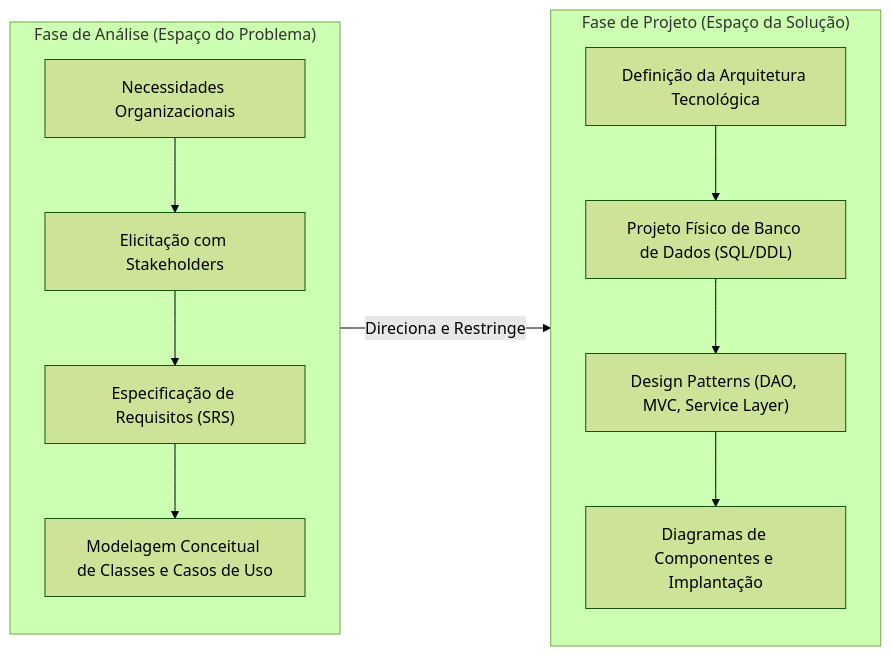
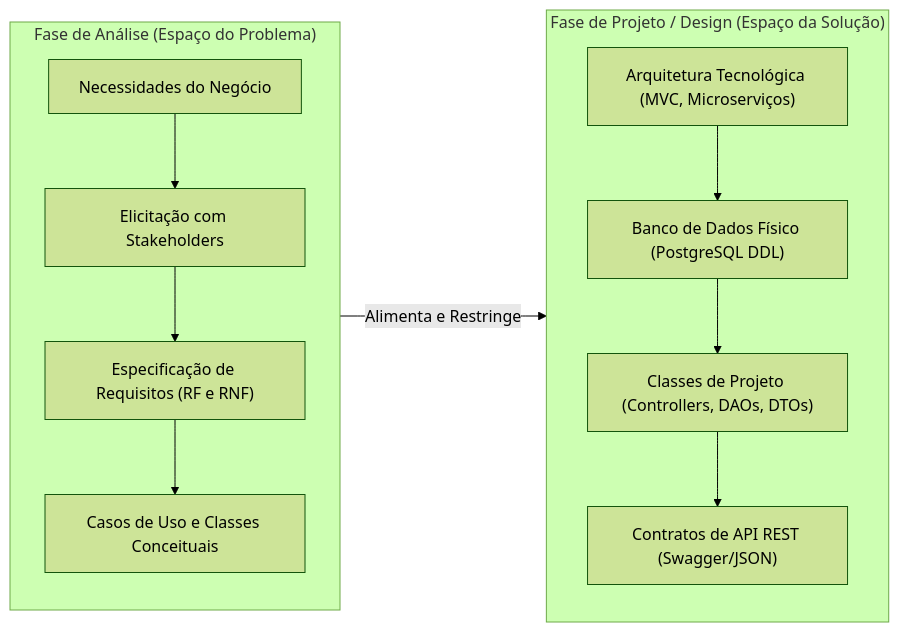
One commit to murilolol/unifef changed diagram 14 of 35 in 3º Semestre/[Prof. Marcelo Boer] Engenharia de Software I/Resumos-IA/Simulados-Comentados.md. Above: the diagram before and after it, drawn with Mermaid (forest theme). The commit also changed other lines of this file and 40 other files, not shown here.

````diff
--- a/3º Semestre/[Prof. Marcelo Boer] Engenharia de Software I/Resumos-IA/Simulados-Comentados.md
+++ b/3º Semestre/[Prof. Marcelo Boer] Engenharia de Software I/Resumos-IA/Simulados-Comentados.md
@@ -462,16 +490,16 @@
 ```mermaid
 flowchart LR
-    subgraph EspacoDoProblema["Fase de Análise (Espaço do Problema)"]
-        A1["Necessidades Organizacionais"] --> A2["Elicitação com Stakeholders"]
-        A2 --> A3["Especificação de Requisitos (SRS)"]
-        A3 --> A4["Modelagem Conceitual de Classes e Casos de Uso"]
+    subgraph EspacoProblema["Fase de Análise (Espaço do Problema)"]
+        AP1["Necessidades do Negócio"] --> AP2["Elicitação com Stakeholders"]
+        AP2 --> AP3["Especificação de Requisitos (RF e RNF)"]
+        AP3 --> AP4["Casos de Uso e Classes Conceituais"]
     end
 
-    subgraph EspacoDaSolucao["Fase de Projeto (Espaço da Solução)"]
-        P1["Definição da Arquitetura Tecnológica"] --> P2["Projeto Físico de Banco de Dados (SQL/DDL)"]
-        P2 --> P3["Design Patterns (DAO, MVC, Service Layer)"]
-        P3 --> P4["Diagramas de Componentes e Implantação"]
+    subgraph EspacoSolucao["Fase de Projeto / Design (Espaço da Solução)"]
+        AS1["Arquitetura Tecnológica (MVC, Microserviços)"] --> AS2["Banco de Dados Físico (PostgreSQL DDL)"]
+        AS2 --> AS3["Classes de Projeto (Controllers, DAOs, DTOs)"]
+        AS3 --> AS4["Contratos de API REST (Swagger/JSON)"]
     end
 
-    EspacoDoProblema -->|Direciona e Restringe| EspacoDaSolucao
+    EspacoProblema -->|"Alimenta e Restringe"| EspacoSolucao
 ```
````
